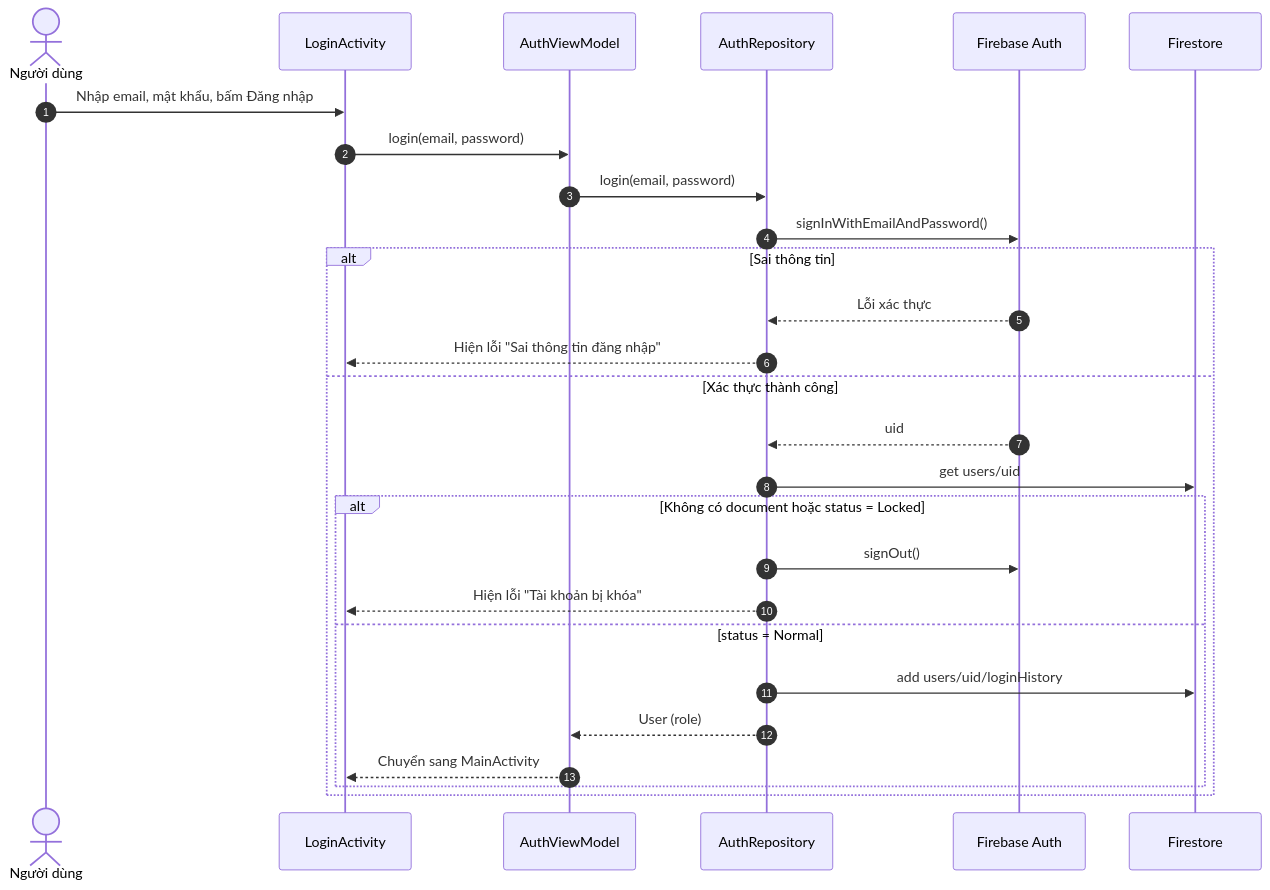
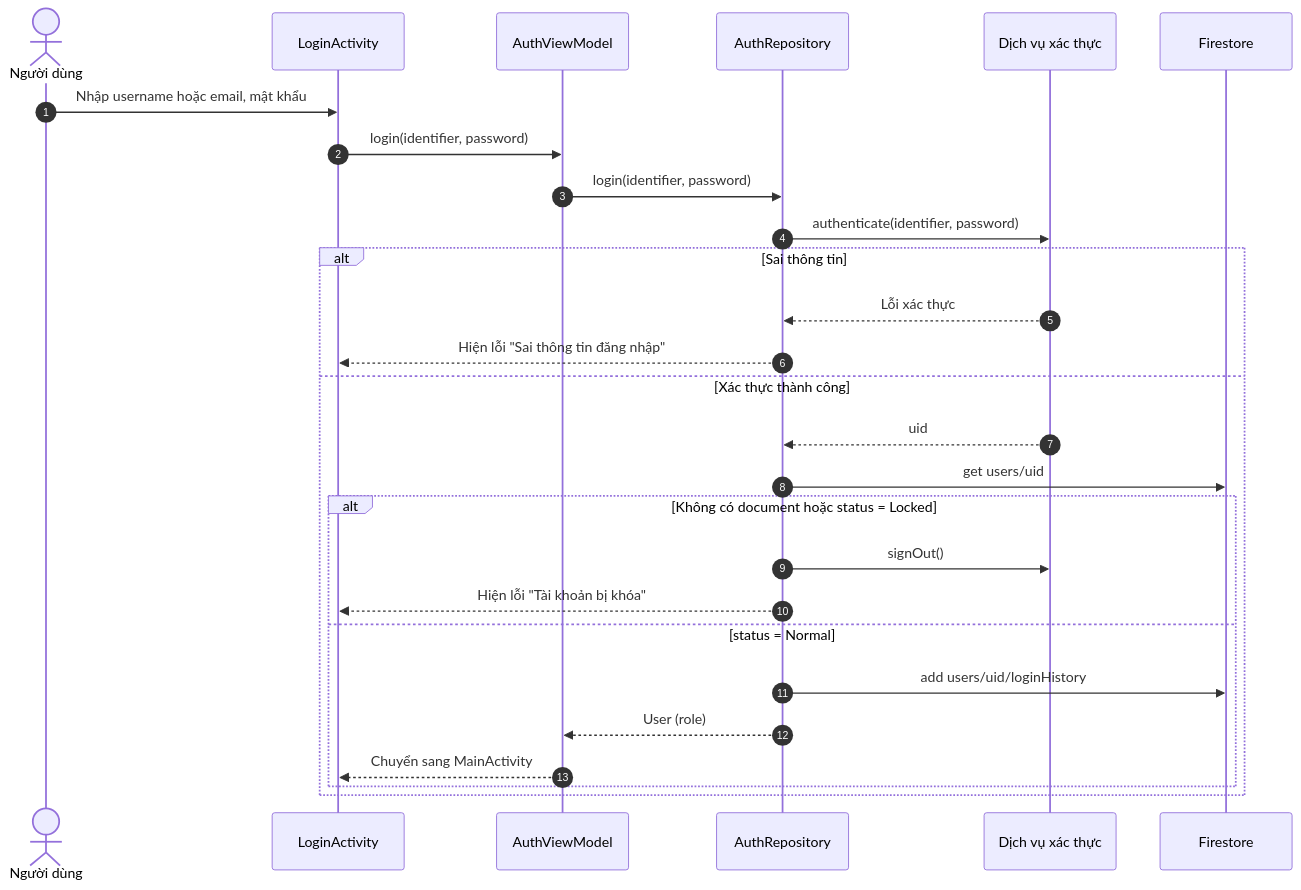
Before and after one commit to chimpk/student-management-midterm: the fourth of 8 diagrams in docs/uml.md, drawn with Mermaid. The commit also changed other lines of this file and 24 other files, not shown here.

Commit message:
docs: add design specifications, uml diagrams, and srs documentation

````diff
--- a/docs/uml.md
+++ b/docs/uml.md
@@ -184,30 +188,30 @@
 ```mermaid
 sequenceDiagram
     autonumber
     actor U as Người dùng
     participant A as LoginActivity
     participant VM as AuthViewModel
     participant R as AuthRepository
-    participant FB as Firebase Auth
+    participant ID as Dịch vụ xác thực
     participant FS as Firestore
 
-    U->>A: Nhập email, mật khẩu, bấm Đăng nhập
-    A->>VM: login(email, password)
-    VM->>R: login(email, password)
-    R->>FB: signInWithEmailAndPassword()
+    U->>A: Nhập username hoặc email, mật khẩu
+    A->>VM: login(identifier, password)
+    VM->>R: login(identifier, password)
+    R->>ID: authenticate(identifier, password)
     alt Sai thông tin
-        FB-->>R: Lỗi xác thực
+        ID-->>R: Lỗi xác thực
         R-->>A: Hiện lỗi "Sai thông tin đăng nhập"
     else Xác thực thành công
-        FB-->>R: uid
+        ID-->>R: uid
         R->>FS: get users/uid
         alt Không có document hoặc status = Locked
-            R->>FB: signOut()
+            R->>ID: signOut()
             R-->>A: Hiện lỗi "Tài khoản bị khóa"
         else status = Normal
             R->>FS: add users/uid/loginHistory
             R-->>VM: User (role)
             VM-->>A: Chuyển sang MainActivity
         end
     end
 ```
````
